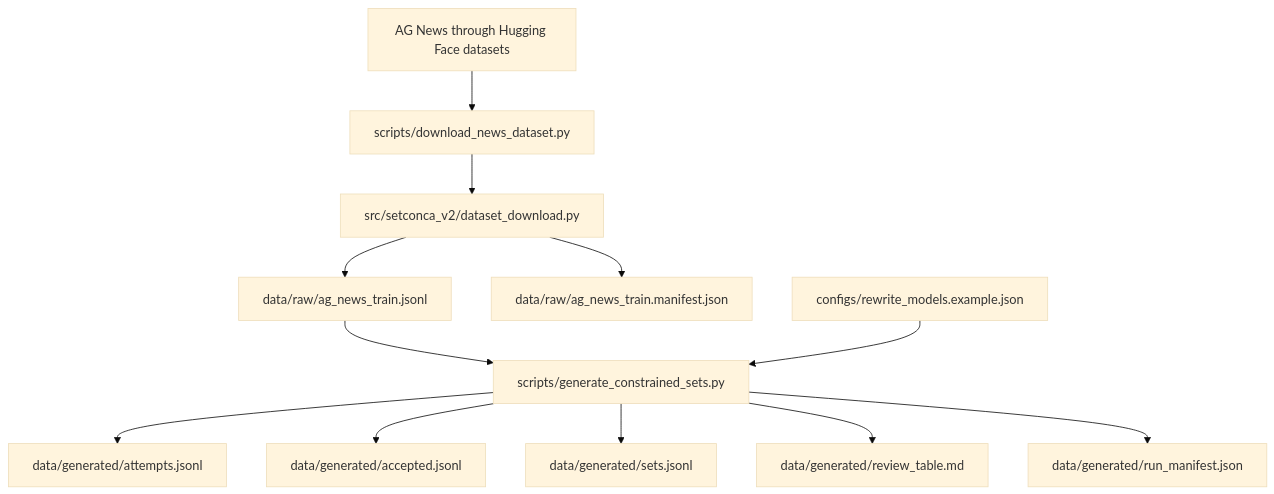
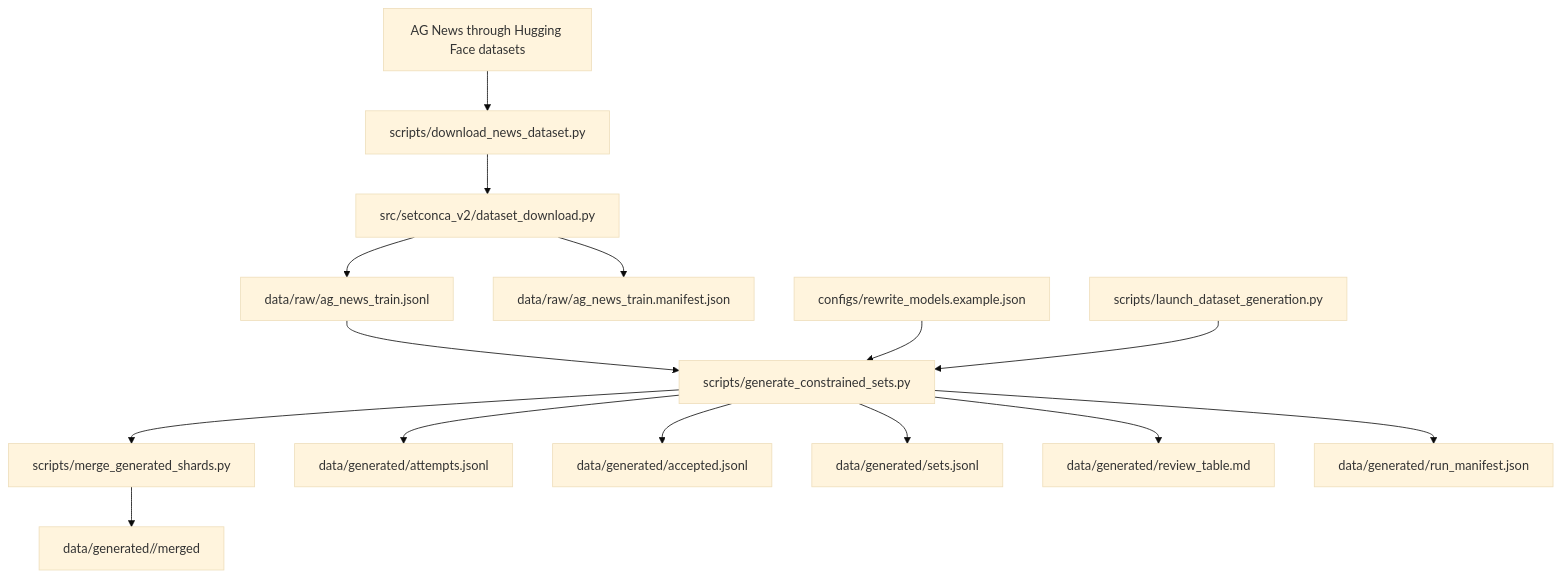
The second of 4 diagrams in docs/PROJECT_GRAPH.md (MeiisamMahmoodii/SetConCA_v3), drawn with Mermaid (base theme) before and after one commit. The commit also changed other lines of this file and 81 other files, not shown here.

````diff
--- a/docs/PROJECT_GRAPH.md
+++ b/docs/PROJECT_GRAPH.md
@@ -58,15 +64,18 @@
 ```mermaid
 flowchart TD
     A["AG News through Hugging Face datasets"] --> B["scripts/download_news_dataset.py"]
     B --> C["src/setconca_v2/dataset_download.py"]
     C --> D["data/raw/ag_news_train.jsonl"]
     C --> E["data/raw/ag_news_train.manifest.json"]
 
     D --> F["scripts/generate_constrained_sets.py"]
     G["configs/rewrite_models.example.json"] --> F
+    S["scripts/launch_dataset_generation.py"] --> F
+    F --> M["scripts/merge_generated_shards.py"]
     F --> H["data/generated/attempts.jsonl"]
     F --> I["data/generated/accepted.jsonl"]
     F --> J["data/generated/sets.jsonl"]
     F --> K["data/generated/review_table.md"]
     F --> L["data/generated/run_manifest.json"]
+    M --> N["data/generated/<run>/merged"]
 ```
````
